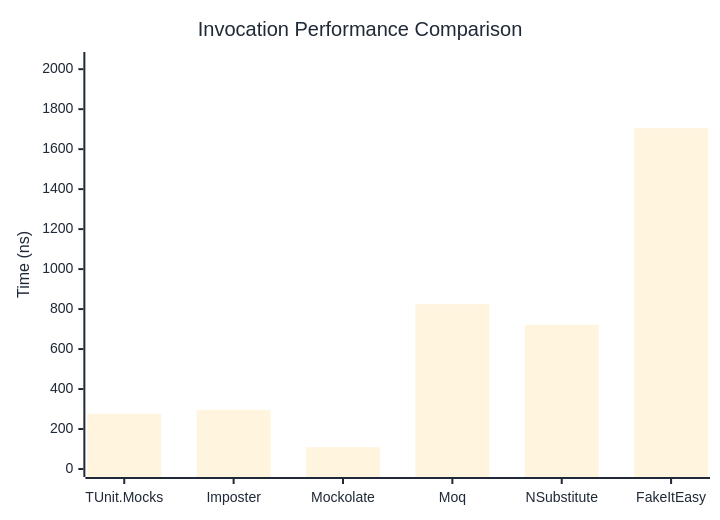
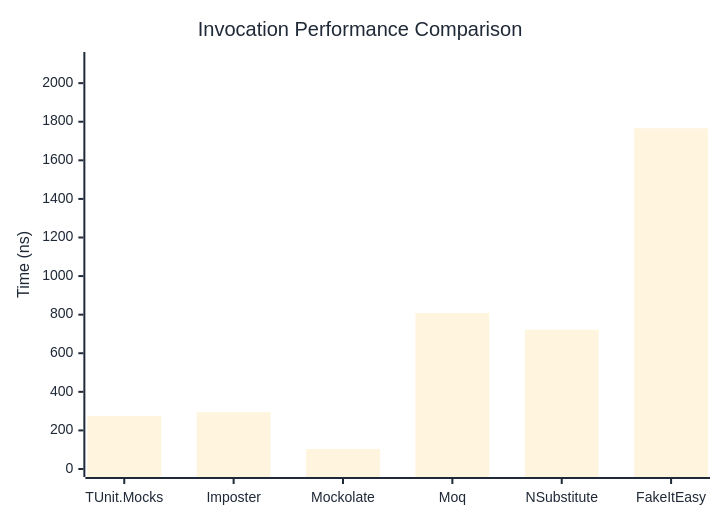
The first of 3 diagrams in docs/docs/benchmarks/mocks/Invocation.md (thomhurst/TUnit), drawn with Mermaid before and after one commit. The commit also changed other lines of this file and 14 other files, not shown here.

````diff
--- a/docs/docs/benchmarks/mocks/Invocation.md
+++ b/docs/docs/benchmarks/mocks/Invocation.md
@@ -30,27 +30,27 @@
 ```mermaid
 %%{init: {
   'theme':'base',
   'themeVariables': {
     'primaryColor': '#2563eb',
     'primaryTextColor': '#1f2937',
     'primaryBorderColor': '#1e40af',
     'lineColor': '#6b7280',
     'secondaryColor': '#7c3aed',
     'tertiaryColor': '#dc2626',
     'background': '#ffffff',
     'pie1': '#2563eb',
     'pie2': '#7c3aed',
     'pie3': '#dc2626',
     'pie4': '#f59e0b',
     'pie5': '#10b981',
     'pie6': '#06b6d4',
     'pie7': '#ec4899',
     'pie8': '#6366f1'
   }
 }}%%
 xychart-beta
   title "Invocation Performance Comparison"
   x-axis ["TUnit.Mocks", "Imposter", "Mockolate", "Moq", "NSubstitute", "FakeItEasy"]
-  y-axis "Time (ns)" 0 --> 2046
-  bar [276.24, 295.94, 109.1, 824.98, 721.45, 1704.39]
+  y-axis "Time (ns)" 0 --> 2120
+  bar [274.12, 294.47, 103.93, 808.49, 721.88, 1766.24]
 ```
````
